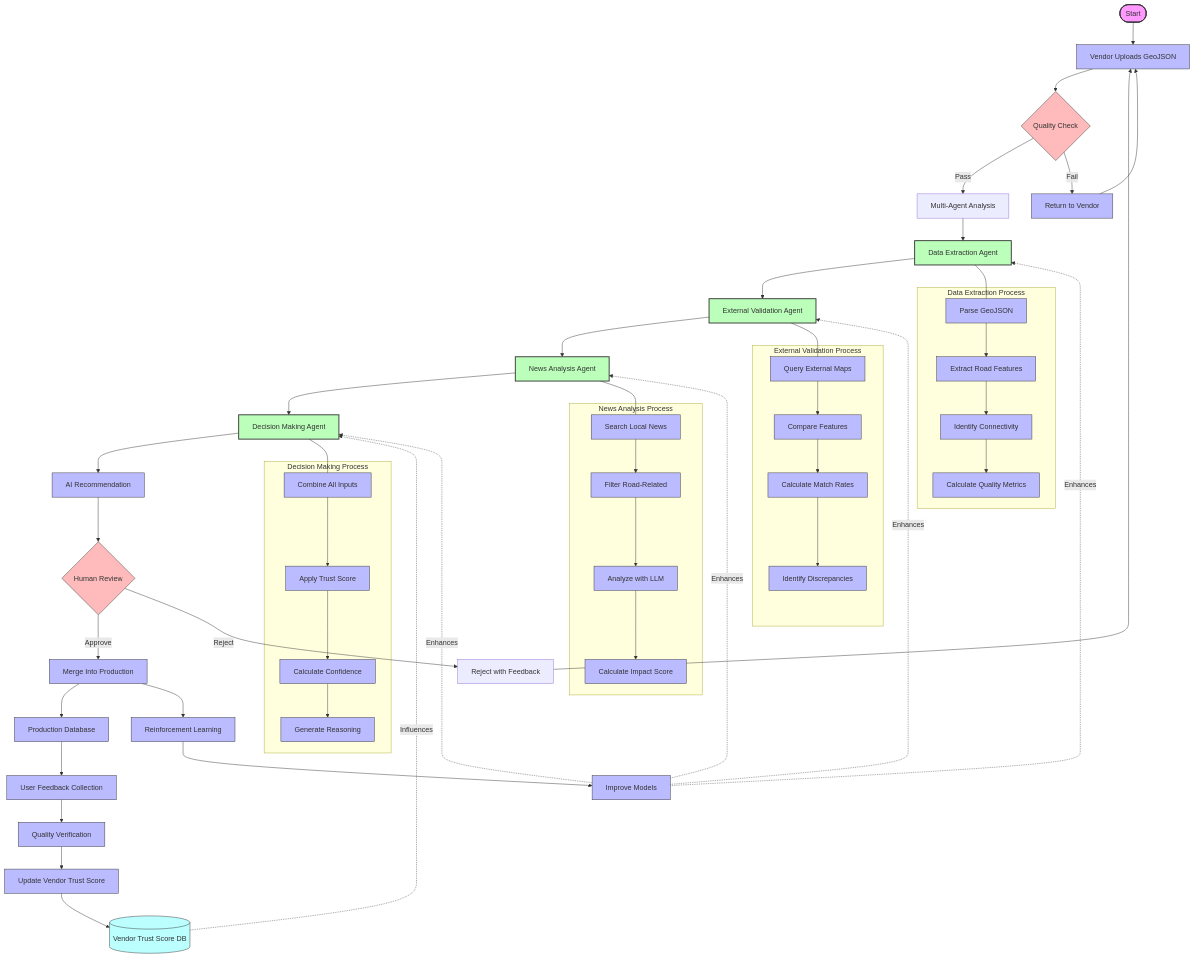
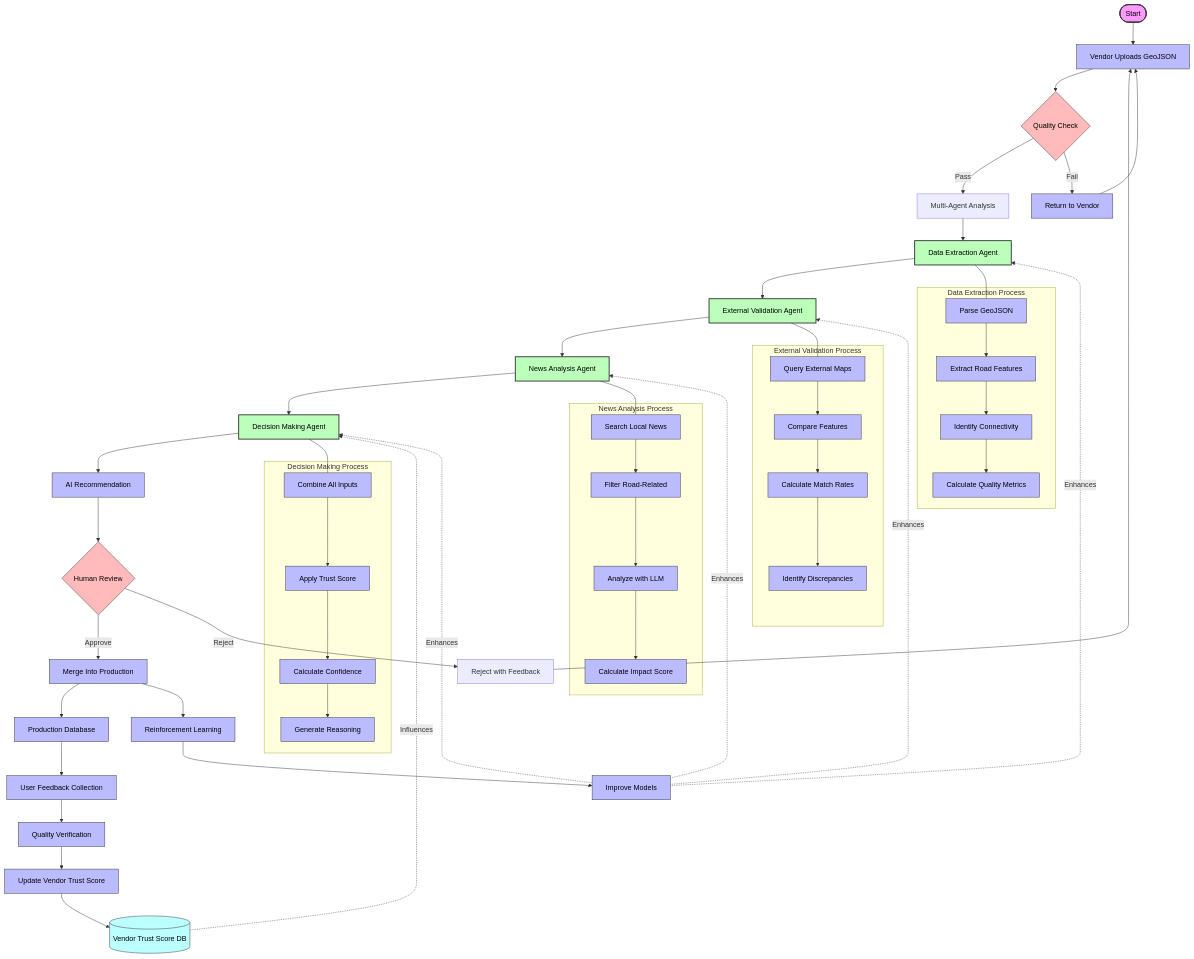
One commit to r04nx/here-hack changed the fourth of 4 diagrams in README.md. Above: the diagram before and after it, drawn with Mermaid. The commit also changed other lines of this file, not shown here.

````diff
--- a/README.md
+++ b/README.md
@@ -289,81 +289,81 @@
 ```mermaid
 flowchart TD
     %% Main flow
     Start([Start]) --> VU[Vendor Uploads GeoJSON]
     VU --> QC{Quality Check}
     QC -->|Pass| MA[Multi-Agent Analysis]
     QC -->|Fail| RE[Return to Vendor]
     RE --> VU
     
     %% Multi-agent analysis process
     MA --> DEA[Data Extraction Agent]
     DEA --> EVA[External Validation Agent]
     EVA --> NAA[News Analysis Agent]
     NAA --> DMA[Decision Making Agent]
     DMA --> AR[AI Recommendation]
     
     %% Human review process
     AR --> HR{Human Review}
     HR -->|Approve| MI[Merge Into Production]
     HR -->|Reject| RJ[Reject with Feedback]
     RJ --> VU
     
     %% Feedback loop
     MI --> PD[Production Database]
     PD --> UF[User Feedback Collection]
     UF --> QV[Quality Verification]
     QV --> TS[Update Vendor Trust Score]
     TS --> VTS[(Vendor Trust Score DB)]
     VTS -.->|Influences| DMA
     
     %% Data enrichment
     MI --> RL[Reinforcement Learning]
     RL --> IM[Improve Models]
     IM -.->|Enhances| DEA
     IM -.->|Enhances| EVA
     IM -.->|Enhances| NAA
     IM -.->|Enhances| DMA
     
     %% Detailed steps for each agent
     subgraph "Data Extraction Process"
         DEA1[Parse GeoJSON] --> DEA2[Extract Road Features]
         DEA2 --> DEA3[Identify Connectivity]
         DEA3 --> DEA4[Calculate Quality Metrics]
     end
     DEA --- DEA1
     
     subgraph "External Validation Process"
         EVA1[Query External Maps] --> EVA2[Compare Features]
         EVA2 --> EVA3[Calculate Match Rates]
         EVA3 --> EVA4[Identify Discrepancies]
     end
     EVA --- EVA1
     
     subgraph "News Analysis Process"
         NAA1[Search Local News] --> NAA2[Filter Road-Related]
         NAA2 --> NAA3[Analyze with LLM]
         NAA3 --> NAA4[Calculate Impact Score]
     end
     NAA --- NAA1
     
     subgraph "Decision Making Process"
         DMA1[Combine All Inputs] --> DMA2[Apply Trust Score]
         DMA2 --> DMA3[Calculate Confidence]
         DMA3 --> DMA4[Generate Reasoning]
     end
     DMA --- DMA1
     
     %% Styling
-    classDef process fill:#bbf,stroke:#333,stroke-width:1px
-    classDef decision fill:#fbb,stroke:#333,stroke-width:1px
-    classDef agent fill:#bfb,stroke:#333,stroke-width:2px
-    classDef storage fill:#bff,stroke:#333,stroke-width:1px
-    classDef start fill:#f9f,stroke:#333,stroke-width:2px
+    classDef process fill:#bbf,stroke:#333,stroke-width:1px,color:#000
+    classDef decision fill:#fbb,stroke:#333,stroke-width:1px,color:#000
+    classDef agent fill:#bfb,stroke:#333,stroke-width:2px,color:#000
+    classDef storage fill:#bff,stroke:#333,stroke-width:1px,color:#000
+    classDef start fill:#f9f,stroke:#333,stroke-width:2px,color:#000
     
     class Start start
     class VU,RE,AR,MI,PD,UF,QV,TS,RL,IM process
     class QC,HR decision
     class DEA,EVA,NAA,DMA agent
     class VTS storage
     class DEA1,DEA2,DEA3,DEA4,EVA1,EVA2,EVA3,EVA4,NAA1,NAA2,NAA3,NAA4,DMA1,DMA2,DMA3,DMA4 process
 ```
````
